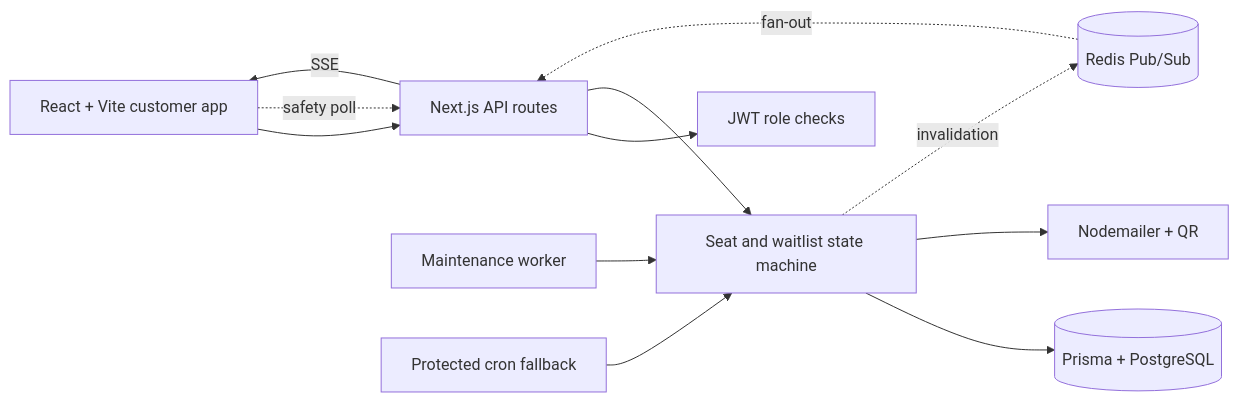
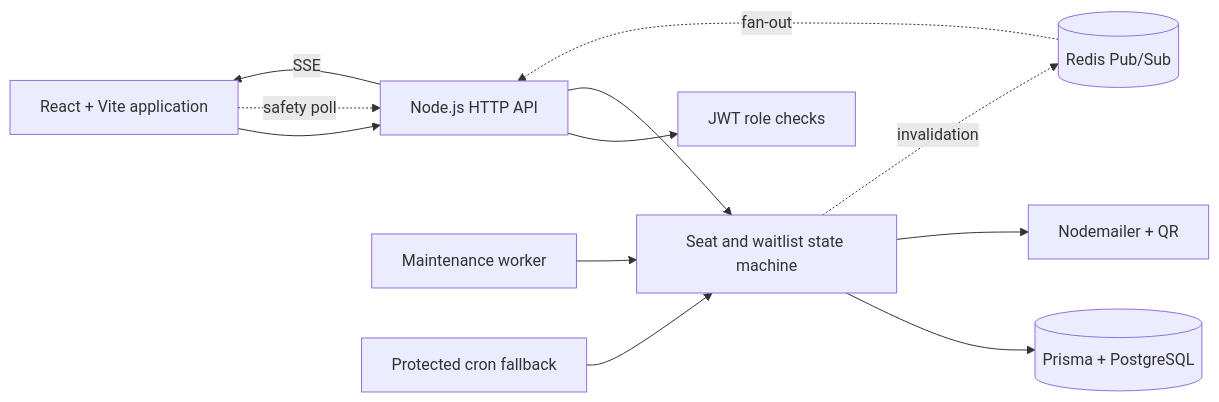
One commit to Mayank2142/ticket-booking changed the second of 2 diagrams in README.md. Above: the diagram before and after it, drawn with Mermaid. The commit also changed other lines of this file and 176 other files, not shown here.

````diff
--- a/README.md
+++ b/README.md
@@ -123,14 +117,14 @@
 ```mermaid
 flowchart LR
-    REACT[React + Vite customer app] --> API[Next.js API routes]
+    REACT[React + Vite application] --> API[Node.js HTTP API]
     API -- SSE --> REACT
     API --> AUTH[JWT role checks]
     API --> CORE[Seat and waitlist state machine]
     CORE --> DB[(Prisma + PostgreSQL)]
     CORE --> MAIL[Nodemailer + QR]
     CORE -. invalidation .-> REDIS[(Redis Pub/Sub)]
     REDIS -. fan-out .-> API
     WORKER[Maintenance worker] --> CORE
     CRON[Protected cron fallback] --> CORE
     REACT -. safety poll .-> API
 ```
````
